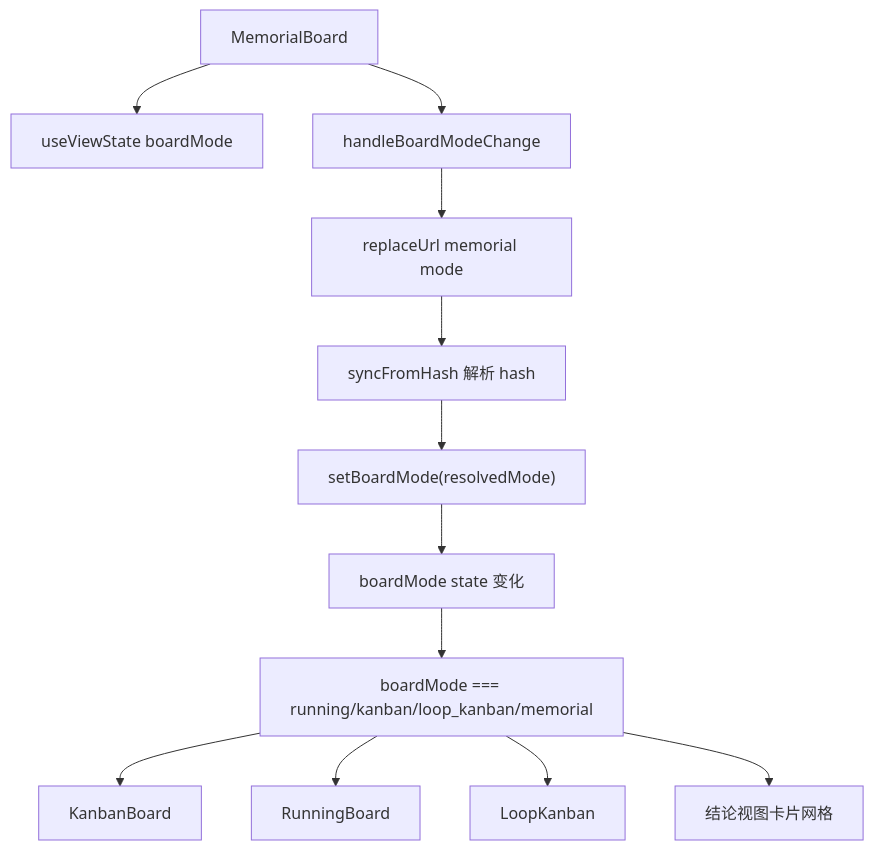
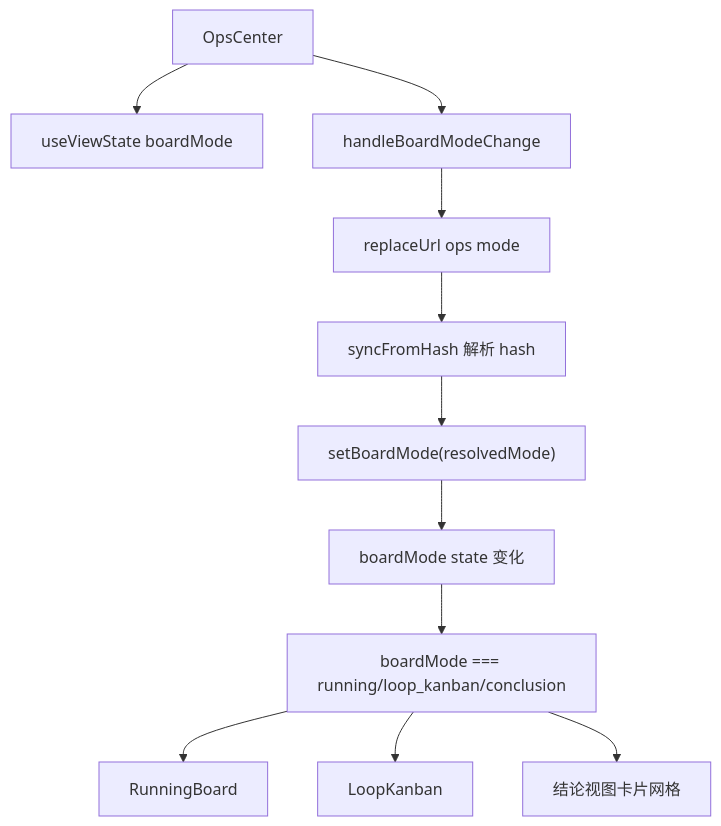
One commit to weibaohui/ntd changed the second of 4 diagrams in frontend/src/help/pages/board-mode-switch.md. Above: the diagram before and after it, drawn with Mermaid. The commit also changed other lines of this file and 24 other files, not shown here.

First line of the commit message:
refactor(097): 看板视图归位事项菜单 + 独立看板改名运行中心

````diff
--- a/frontend/src/help/pages/board-mode-switch.md
+++ b/frontend/src/help/pages/board-mode-switch.md
@@ -25,14 +24,13 @@
 ```mermaid
 flowchart TD
-  MemorialBoard --> useViewState["useViewState boardMode"]
-  MemorialBoard --> handleBoardModeChange["handleBoardModeChange"]
-  handleBoardModeChange --> replaceUrl["replaceUrl memorial mode"]
+  OpsCenter --> useViewState["useViewState boardMode"]
+  OpsCenter --> handleBoardModeChange["handleBoardModeChange"]
+  handleBoardModeChange --> replaceUrl["replaceUrl ops mode"]
   replaceUrl --> syncFromHash["syncFromHash 解析 hash"]
   syncFromHash --> setBoardMode["setBoardMode(resolvedMode)"]
   setBoardMode --> boardMode_state["boardMode state 变化"]
-  boardMode_state --> render_switch["boardMode === running/kanban/loop_kanban/memorial"]
-  render_switch --> KanbanBoard
+  boardMode_state --> render_switch["boardMode === running/loop_kanban/conclusion"]
   render_switch --> RunningBoard
   render_switch --> LoopKanban
-  render_switch --> MemorialGrid["结论视图卡片网格"]
+  render_switch --> ConclusionGrid["结论视图卡片网格"]
 ```
````
